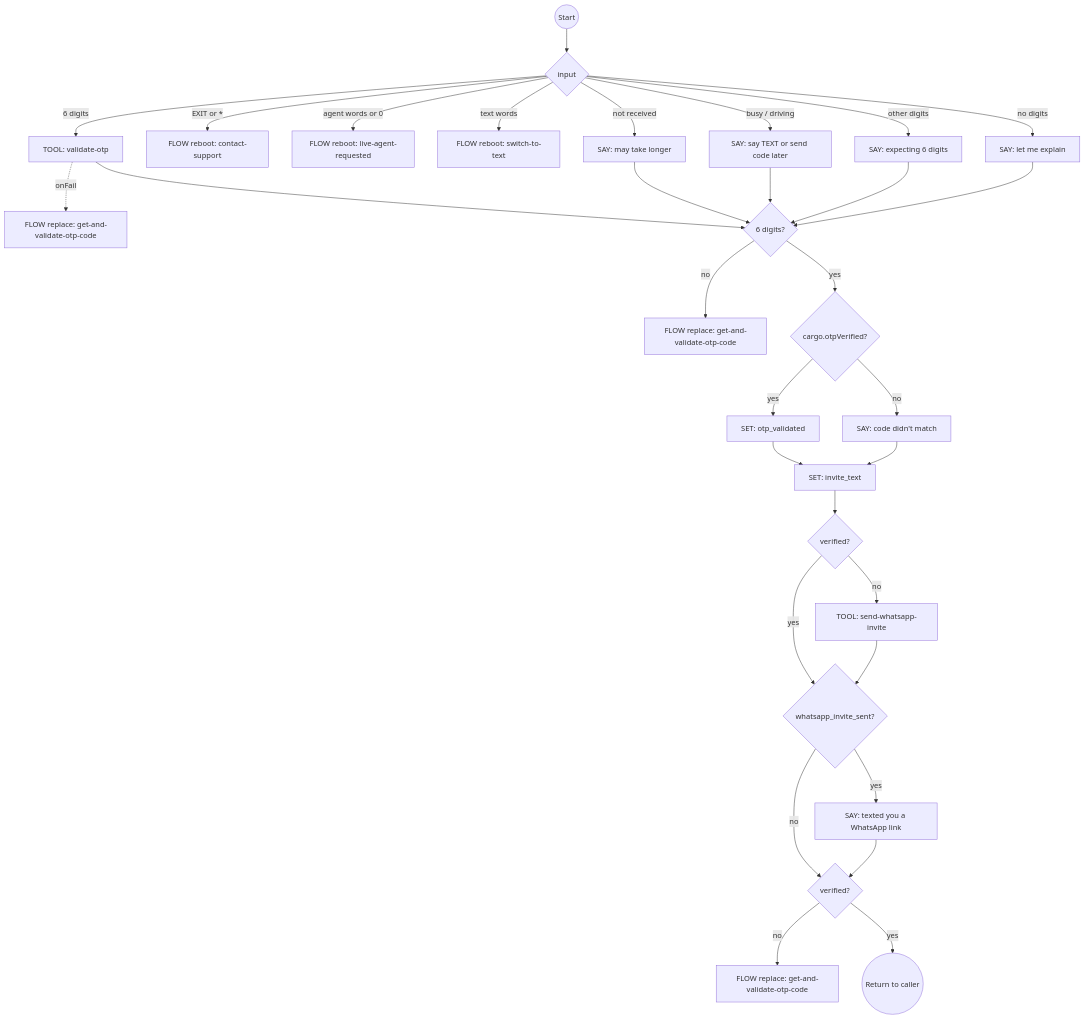
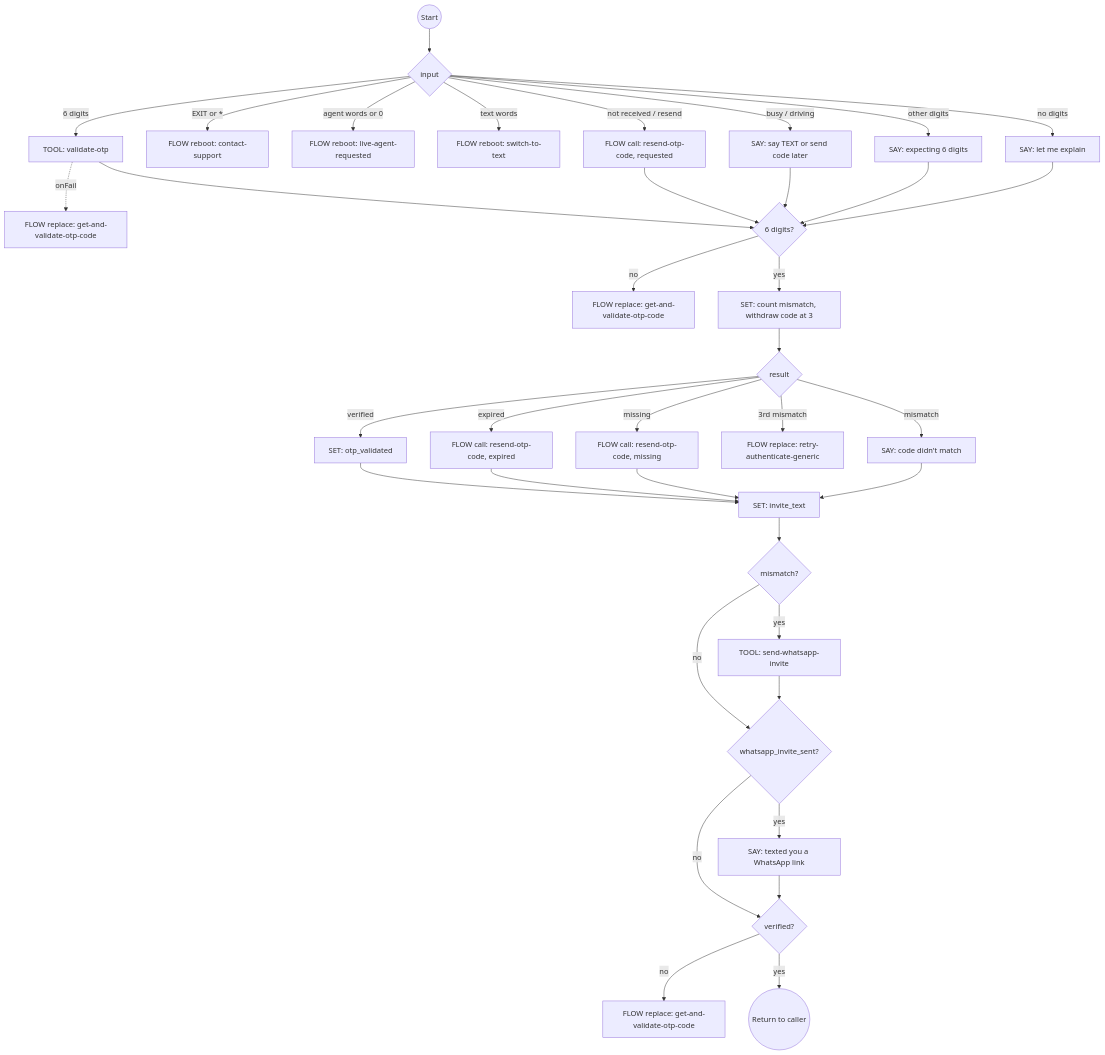
One commit to ronpinkas/jsfe changed the eighth of 14 diagrams in docs/system-flows.md. Above: the diagram before and after it, drawn with Mermaid. The commit also changed other lines of this file and 1 other file, not shown here.

Commit message:
docs: system and Shopify flow pages match the bundled flows (live-agent-requested 1.6.0, authenticate-user 1.2.0, otp-sms-failed, otp-text-undeliverable, contact-support 1.2.0, OTP code flows, shopify-product-search 1.1.1)

````diff
--- a/docs/system-flows.md
+++ b/docs/system-flows.md
@@ -354,33 +406,39 @@
 ```mermaid
 graph TD
     start((Start)) --> route{input}
     route -->|6 digits| validate_otp[TOOL: validate-otp]
     route -->|EXIT or *| abort_process[FLOW reboot: contact-support]
     route -->|agent words or 0| goto_live_agent[FLOW reboot: live-agent-requested]
     route -->|text words| goto_text[FLOW reboot: switch-to-text]
-    route -->|not received| code_not_arrived[SAY: may take longer]
+    route -->|not received / resend| code_not_arrived[FLOW call: resend-otp-code, requested]
     route -->|busy / driving| cannot_now[SAY: say TEXT or send code later]
     route -->|other digits| invalid_format[SAY: expecting 6 digits]
     route -->|no digits| explain[SAY: let me explain]
     validate_otp -.->|onFail| otp_tool_error[FLOW replace: get-and-validate-otp-code]
     validate_otp --> fmt{6 digits?}
     code_not_arrived --> fmt
     cannot_now --> fmt
     invalid_format --> fmt
     explain --> fmt
     fmt -->|no| loop_back_for_code[FLOW replace: get-and-validate-otp-code]
-    fmt -->|yes| check{cargo.otpVerified?}
-    check -->|yes| otp_success[SET: otp_validated]
-    check -->|no| wrong_code[SAY: code didn't match]
+    fmt -->|yes| count[SET: count mismatch, withdraw code at 3]
+    count --> check{result}
+    check -->|verified| otp_success[SET: otp_validated]
+    check -->|expired| expired_fresh[FLOW call: resend-otp-code, expired]
+    check -->|missing| missing_fresh[FLOW call: resend-otp-code, missing]
+    check -->|3rd mismatch| cap_reached[FLOW replace: retry-authenticate-generic]
+    check -->|mismatch| wrong_code[SAY: code didn't match]
     otp_success --> invite_text[SET: invite_text]
+    expired_fresh --> invite_text
+    missing_fresh --> invite_text
     wrong_code --> invite_text
-    invite_text --> invite{verified?}
-    invite -->|no| invite_whatsapp[TOOL: send-whatsapp-invite]
-    invite -->|yes| mention{whatsapp_invite_sent?}
+    invite_text --> invite{mismatch?}
+    invite -->|yes| invite_whatsapp[TOOL: send-whatsapp-invite]
+    invite -->|no| mention{whatsapp_invite_sent?}
     invite_whatsapp --> mention
     mention -->|yes| say_invite[SAY: texted you a WhatsApp link]
     mention -->|no| retry{verified?}
     say_invite --> retry
     retry -->|no| loop_back_for_new_code[FLOW replace: get-and-validate-otp-code]
     retry -->|yes| stop((Return to caller))
 ```
````
